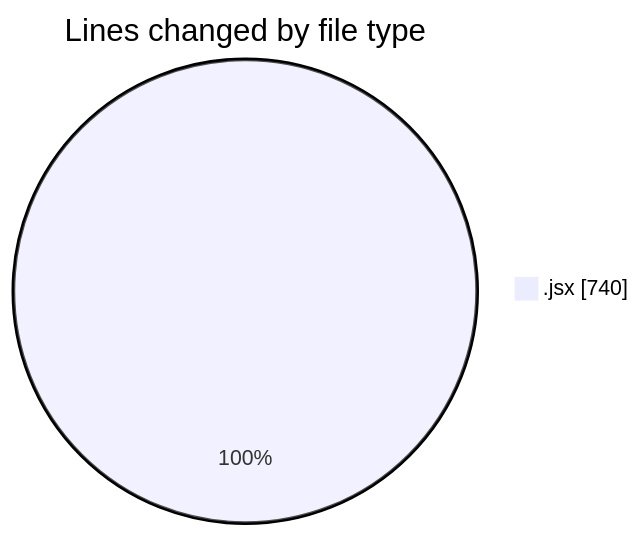
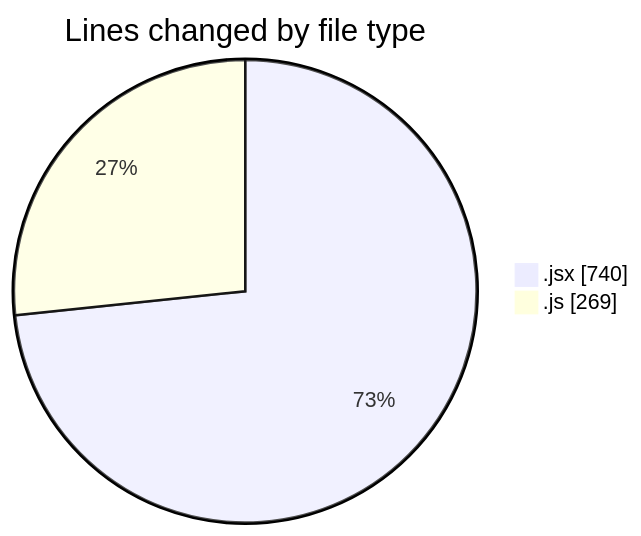
Before and after one commit to nxtqubesakshisongat/code-tracking: the first of 2 diagrams in 2025-07-21/nxtqube_webapp/README.md, drawn with Mermaid. The commit also changed other lines of this file and 1 other file, not shown here.

````diff
--- a/2025-07-21/nxtqube_webapp/README.md
+++ b/2025-07-21/nxtqube_webapp/README.md
@@ -21,5 +22,6 @@
 ```mermaid
 pie showData
 title Lines changed by file type
 ".jsx" : 740
+".js" : 269
 ```
````
